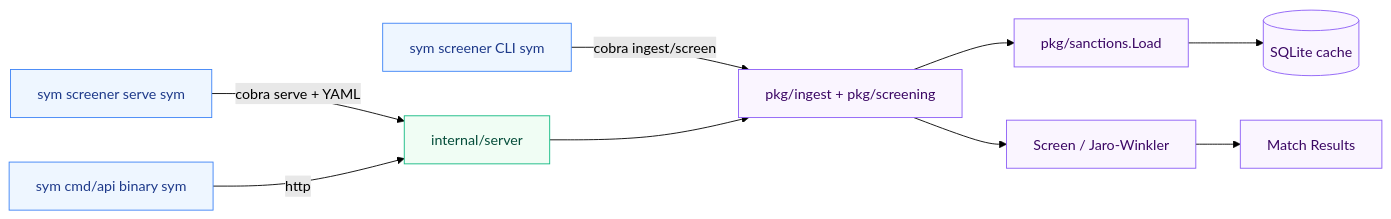
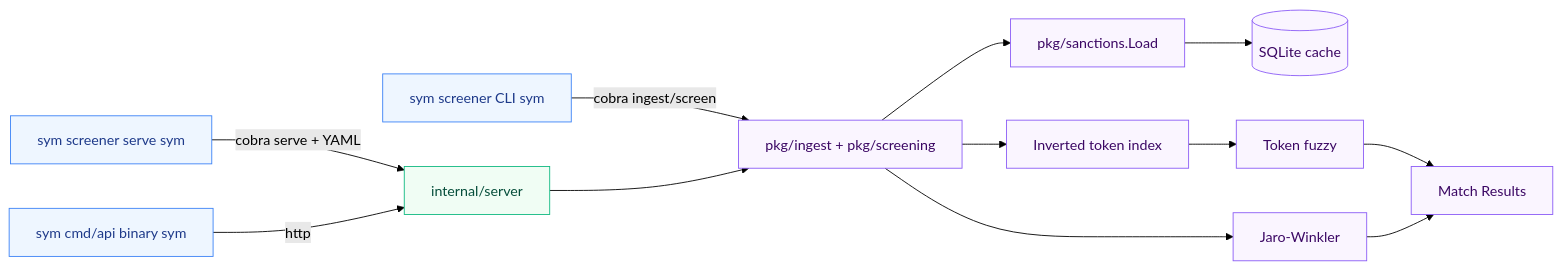
The diagram in README.md (jstreitberger03/sanctions-screener), drawn with Mermaid (forest theme) before and after one commit. The commit also changed other lines of this file, not shown here.

First line of the commit message:
docs: rewrite README for cross-script matching, token scoring, and explainability

````diff
--- a/README.md
+++ b/README.md
@@ -358,18 +347,21 @@
 ```mermaid
 flowchart LR
     CLI[sym screener CLI sym] -->|cobra ingest/screen| PIPE[pkg/ingest + pkg/screening]
     CLI_S[sym screener serve sym] -->|cobra serve + YAML| SERVER[internal/server]
     REST[sym cmd/api binary sym] -->|http| SERVER
     SERVER --> PIPE
     PIPE --> PARSE[pkg/sanctions.Load]
     PARSE --> SQLITE[(SQLite cache)]
-    PIPE --> JW[Screen / Jaro-Winkler]
-    JW --> RESP[Match Results]
+    PIPE --> IDX[Inverted token index]
+    IDX --> TOKEN[Token fuzzy]
+    PIPE --> JW[Jaro-Winkler]
+    TOKEN --> RESP[Match Results]
+    JW --> RESP
 
     classDef cli fill:#eef6ff,stroke:#3b82f6,color:#1e3a8a
     classDef server fill:#f0fdf4,stroke:#10b981,color:#064e3b
     classDef shared fill:#faf5ff,stroke:#8b5cf6,color:#3b0764
     class CLI,CLI_S,REST cli
     class SERVER server
-    class PIPE,PARSE,SQLITE,JW,RESP shared
+    class PIPE,PARSE,SQLITE,IDX,TOKEN,JW,RESP shared
 ```
````
